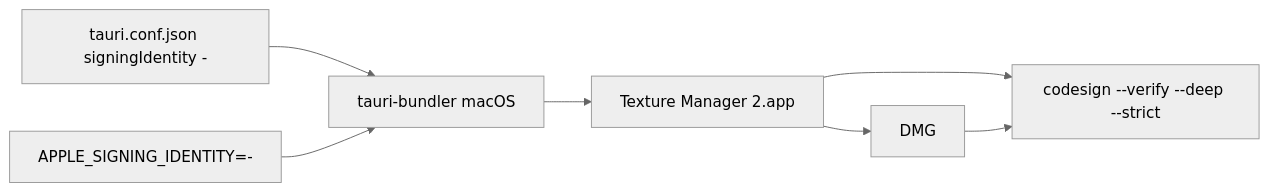
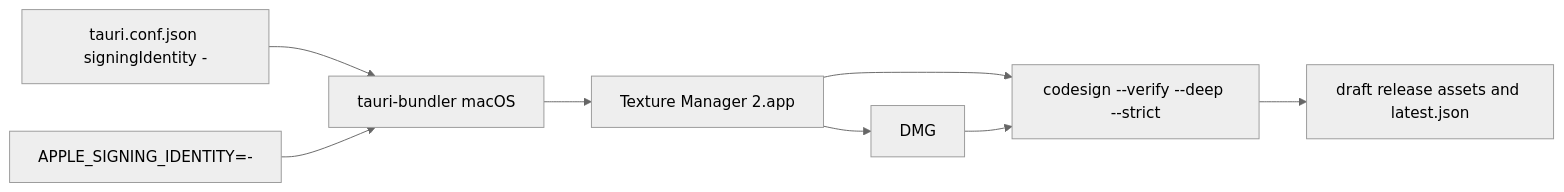
One commit to lspectraa/Texture-Manager-2 changed the diagram in docs/app/publish.md. Above: the diagram before and after it, drawn with Mermaid (neutral theme). The commit also changed other lines of this file and 4 other files, not shown here.

````diff
--- a/docs/app/publish.md
+++ b/docs/app/publish.md
@@ -16,9 +18,10 @@
 ```mermaid
 flowchart LR
   conf["tauri.conf.json signingIdentity -"] --> bundle["tauri-bundler macOS"]
   env["APPLE_SIGNING_IDENTITY=-"] --> bundle
   bundle --> app["Texture Manager 2.app"]
   app --> dmg["DMG"]
   app --> verify["codesign --verify --deep --strict"]
   dmg --> verify
+  verify --> upload["draft release assets and latest.json"]
 ```
````
